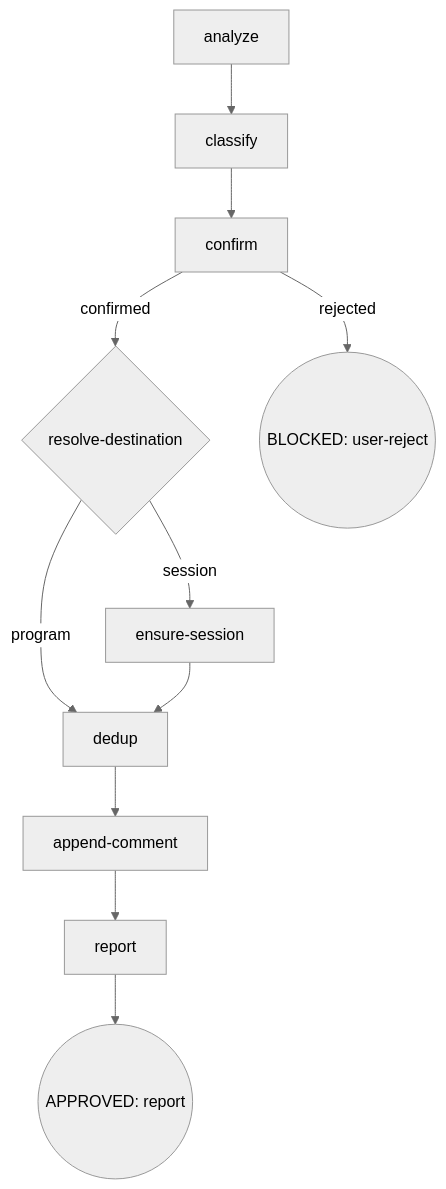
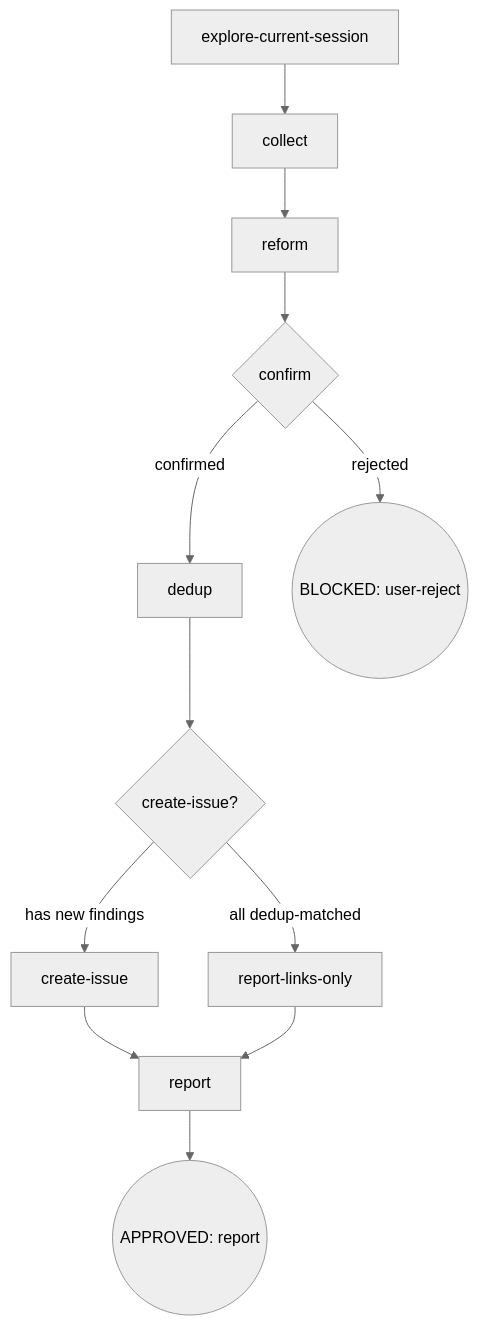
The diagram in packages/osuperpowers/.agents/skills/osuperpowers/report-issues/SKILL.md (Oscaner/skills), drawn with Mermaid (neutral theme) before and after one commit. The commit also changed other lines of this file and 1 other file, not shown here.

````diff
--- a/packages/osuperpowers/.agents/skills/osuperpowers/report-issues/SKILL.md
+++ b/packages/osuperpowers/.agents/skills/osuperpowers/report-issues/SKILL.md
@@ -12,13 +12,14 @@
 ```mermaid
 flowchart TD
-  A[analyze] --> B[classify]
-  B --> C[confirm]
-  C -->|confirmed| D{resolve-destination}
-  C -->|rejected| Z1((BLOCKED: user-reject))
-  D -->|program| E[dedup]
-  D -->|session| F[ensure-session]
-  F --> E
-  E --> G[append-comment]
+  A[explore-current-session] --> B[collect]
+  B --> C[reform]
+  C --> D{confirm}
+  D -->|confirmed| E[dedup]
+  D -->|rejected| Z1((BLOCKED: user-reject))
+  E --> F{create-issue?}
+  F -->|has new findings| G[create-issue]
   G --> H[report]
+  F -->|all dedup-matched| I[report-links-only]
+  I --> H
   H --> J((APPROVED: report))
 ```
````
